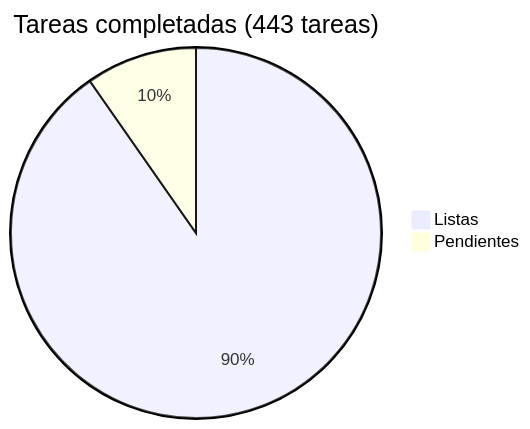
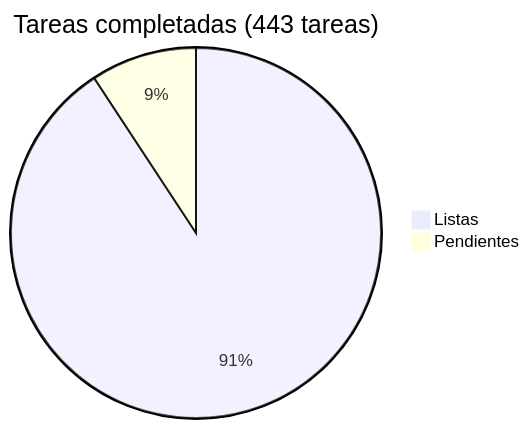
One commit to araguaney-lat/araguaney changed the diagram in docs/roadmap/README.md. Above: the diagram before and after it, drawn with Mermaid. The commit also changed other lines of this file and 7 other files, not shown here.

````diff
--- a/docs/roadmap/README.md
+++ b/docs/roadmap/README.md
@@ -5,5 +5,5 @@
 ```mermaid
 pie title Tareas completadas (443 tareas)
-    "Listas" : 400
-    "Pendientes" : 43
+    "Listas" : 402
+    "Pendientes" : 41
 ```
````
